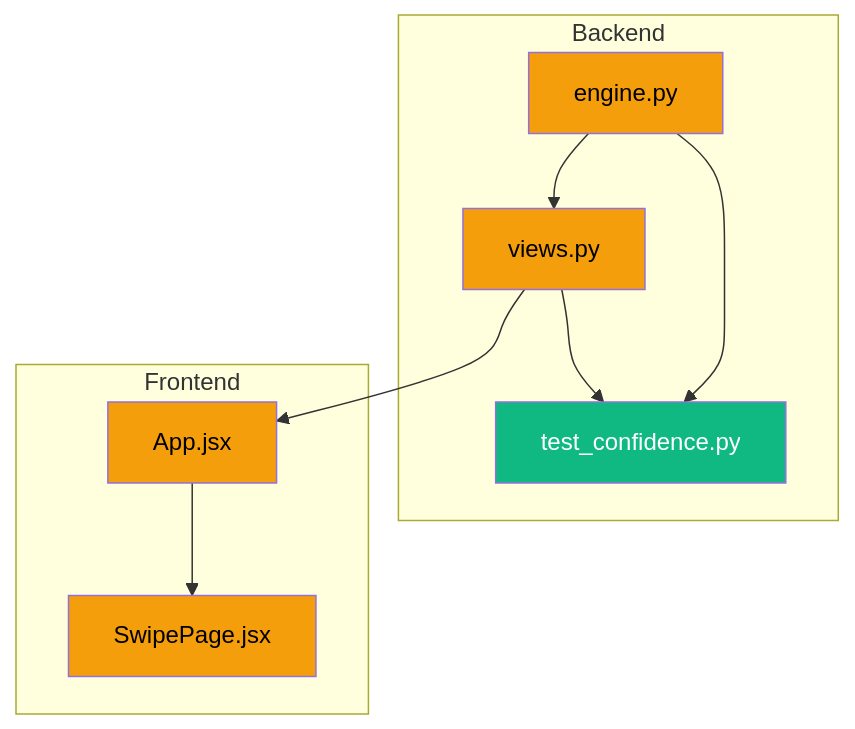
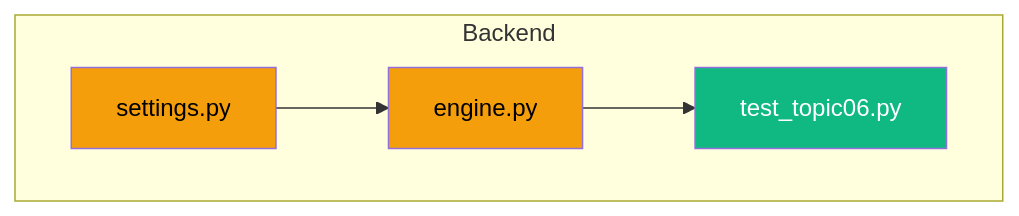
Before and after one commit to hongikarchi/archi-tinder: the fourth of 4 diagrams in .claude/Report.md, drawn with Mermaid. The commit also changed other lines of this file and 2 other files, not shown here.

First line of the commit message:
docs: mark TOPIC06 resolved + sync research/algorithm.md (Topic 06 narrow exception)

````diff
--- a/.claude/Report.md
+++ b/.claude/Report.md
@@ -189,20 +189,13 @@
 ```mermaid
 graph TD
     subgraph Backend
         engine.py:::modified
-        views.py:::modified
-        test_confidence.py:::new
+        settings.py:::modified
+        test_topic06.py:::new
     end
-    subgraph Frontend
-        App.jsx:::modified
-        SwipePage.jsx:::modified
-    end
-    engine.py --> views.py
-    engine.py --> test_confidence.py
-    views.py --> test_confidence.py
-    views.py --> App.jsx
-    App.jsx --> SwipePage.jsx
+    engine.py --> test_topic06.py
+    settings.py --> engine.py
 
     classDef new fill:#10b981,color:#fff
     classDef modified fill:#f59e0b,color:#000
 ```
````
